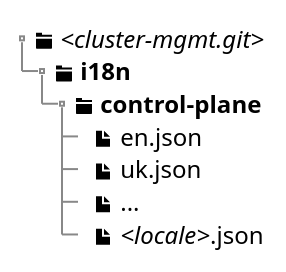
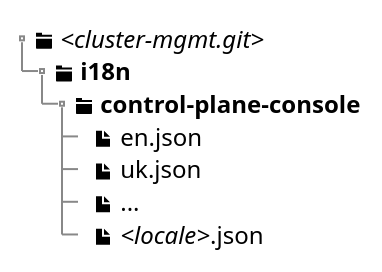
The first of 3 diagrams in docs/ua/modules/arch/pages/architecture-workspace/research/i18n/i18n.adoc (epam/edp-ddm-architecture), drawn with PlantUML before and after one commit. The commit also changed other lines of this file, not shown here.

```diff
--- a/docs/ua/modules/arch/pages/architecture-workspace/research/i18n/i18n.adoc
+++ b/docs/ua/modules/arch/pages/architecture-workspace/research/i18n/i18n.adoc
@@ -14,16 +14,16 @@
 [plantuml, xxx, svg]
 ----
 @startsalt
 {
 {T
 + <&folder> <i><cluster-mgmt.git></i>
 ++ <&folder> <b>i18n</b>
-+++ <&folder> <b>control-plane</b>
++++ <&folder> <b>control-plane-console</b>
 ++++ <&file> en.json
 ++++ <&file> uk.json
 ++++ <&file> ...
 ++++ <&file> <i><locale></i>.json
 }
 }
 @endsalt
 ----
```
